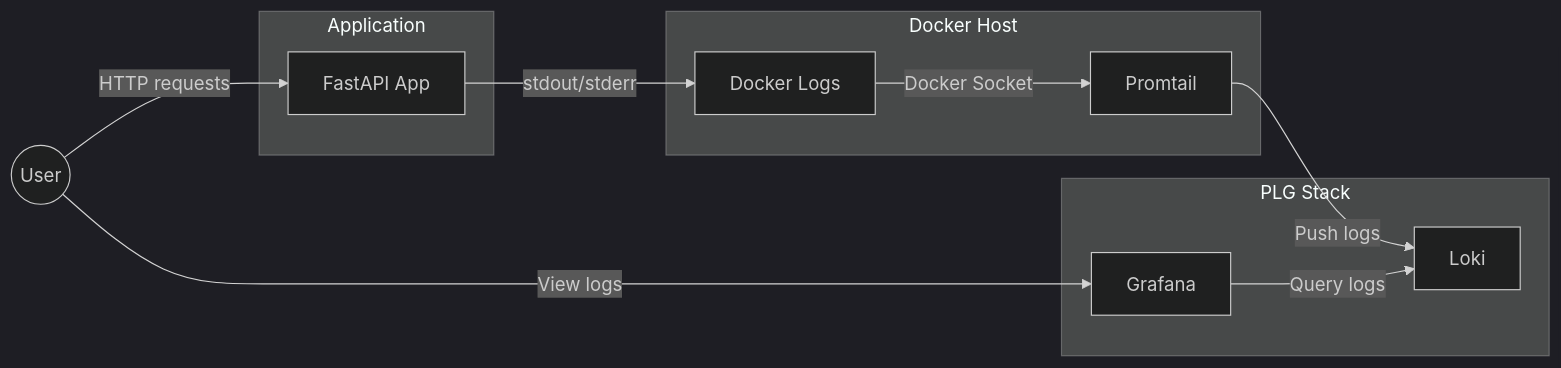
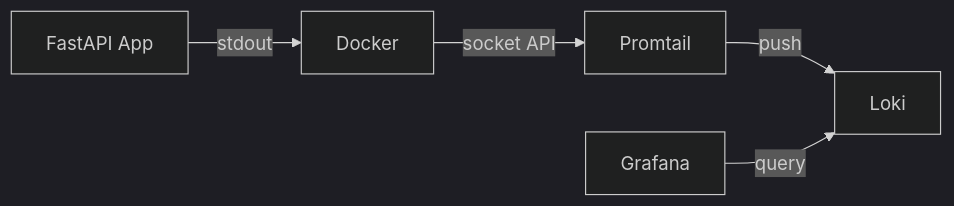
Before and after one commit to svfwan/msa-2-project-logging-in-docker: the first of 2 diagrams in README.md, drawn with Mermaid (dark theme). The commit also changed other lines of this file, not shown here.

Commit message:
Simplify README - remove duplication and unnecessary diagrams

````diff
--- a/README.md
+++ b/README.md
@@ -7,19 +7,7 @@
 ```mermaid
 flowchart LR
-    subgraph Application
-        APP[FastAPI App]
-    end
-
-    subgraph Docker Host
-        APP -->|stdout/stderr| DL[Docker Logs]
-        DL -->|Docker Socket| PT[Promtail]
-    end
-
-    subgraph PLG Stack
-        PT -->|Push logs| LK[Loki]
-        GF[Grafana] -->|Query logs| LK
-    end
-
-    USER((User)) -->|HTTP requests| APP
-    USER -->|View logs| GF
+    APP[FastAPI App] -->|stdout| Docker
+    Docker -->|socket API| Promtail
+    Promtail -->|push| Loki
+    Grafana -->|query| Loki
 ```
````
